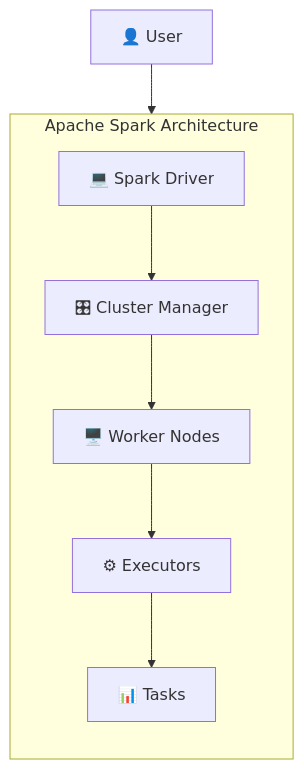
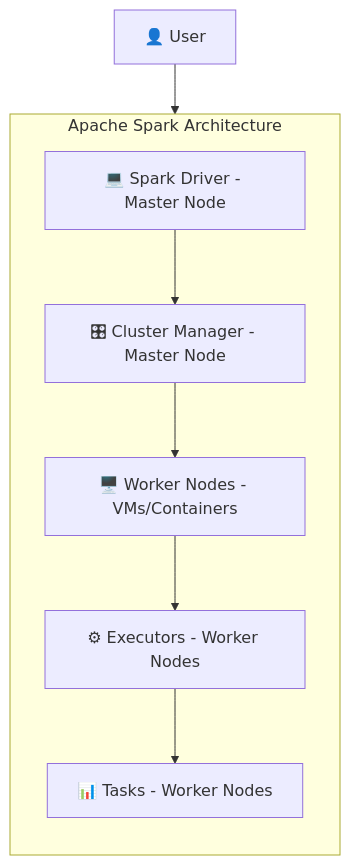
One commit to hadywafa/BigDataHub changed the first of 4 diagrams in 2.spark-for-big-data/2.2.introduction-to-spark.md. Above: the diagram before and after it, drawn with Mermaid. The commit also changed other lines of this file and 8 other files, not shown here.

````diff
--- a/2.spark-for-big-data/2.2.introduction-to-spark.md
+++ b/2.spark-for-big-data/2.2.introduction-to-spark.md
@@ -43,17 +55,17 @@
 ```mermaid
 graph TD
-  A[👤 User] --> B[💻 Spark Driver]
-  B --> C[🎛 Cluster Manager]
-  C --> D[🖥️ Worker Nodes]
-  D --> E[⚙ Executors]
-  E --> F[📊 Tasks]
+  A[👤 User] --> B[💻 Spark Driver - Master Node]
+  B --> C[🎛 Cluster Manager - Master Node]
+  C --> D[🖥️ Worker Nodes - VMs/Containers ]
+  D --> E[⚙ Executors - Worker Nodes]
+  E --> F[📊 Tasks - Worker Nodes]
 
   subgraph Apache Spark Architecture
     direction TB
     B
     C
     D
     E
     F
   end
 ```
````
